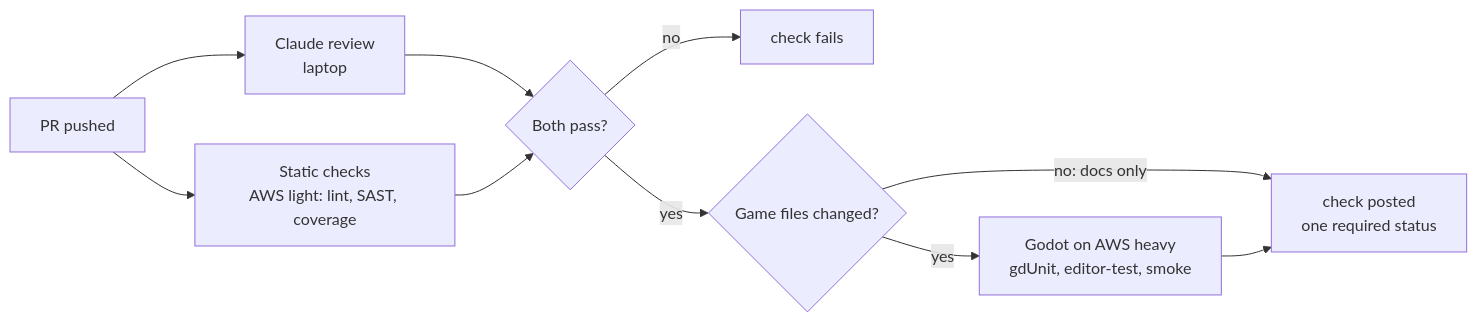
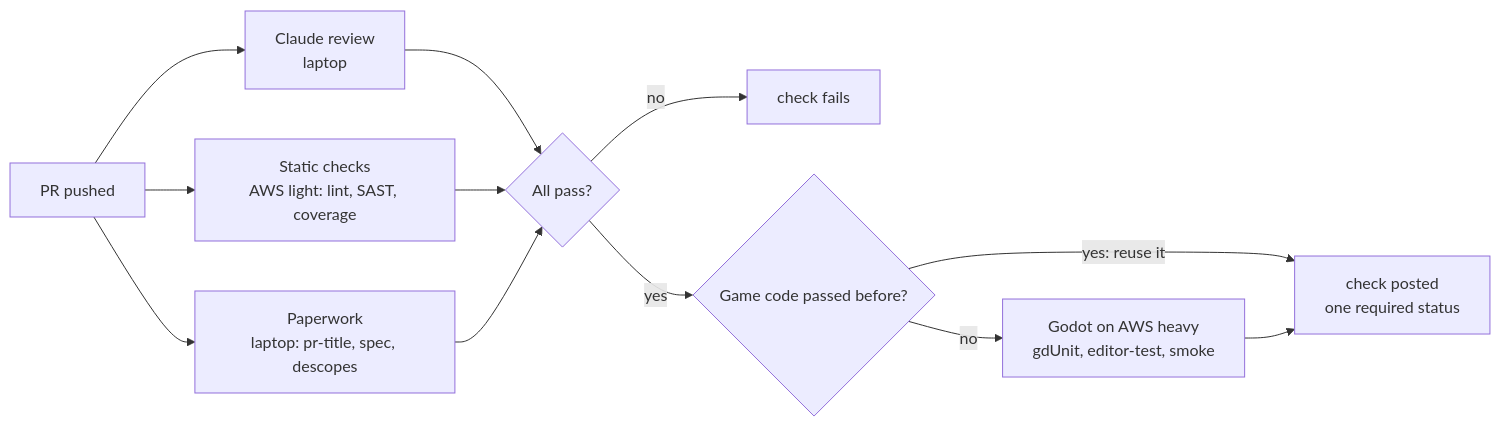
The diagram in part2-runner/PIPELINE-SPLIT.md (stickleprojects/aws-build-runner), drawn with Mermaid before and after one commit. The commit also changed other lines of this file, not shown here.

Commit message:
Plan: paperwork first, and reuse a Godot pass for the same game code

````diff
--- a/part2-runner/PIPELINE-SPLIT.md
+++ b/part2-runner/PIPELINE-SPLIT.md
@@ -59,12 +60,14 @@
 ```mermaid
 flowchart LR
   push[PR pushed] --> review[Claude review<br/>laptop]
   push --> static[Static checks<br/>AWS light: lint, SAST, coverage]
-  review --> pass{Both pass?}
+  push --> paper[Paperwork<br/>laptop: pr-title, spec, descopes]
+  review --> pass{All pass?}
   static --> pass
+  paper --> pass
   pass -- no --> fail[check fails]
-  pass -- yes --> game{Game files changed?}
-  game -- no: docs only --> check[check posted<br/>one required status]
-  game -- yes --> godot[Godot on AWS heavy<br/>gdUnit, editor-test, smoke]
+  pass -- yes --> game{Game code passed before?}
+  game -- yes: reuse it --> check[check posted<br/>one required status]
+  game -- no --> godot[Godot on AWS heavy<br/>gdUnit, editor-test, smoke]
   godot --> check
 ```
````
